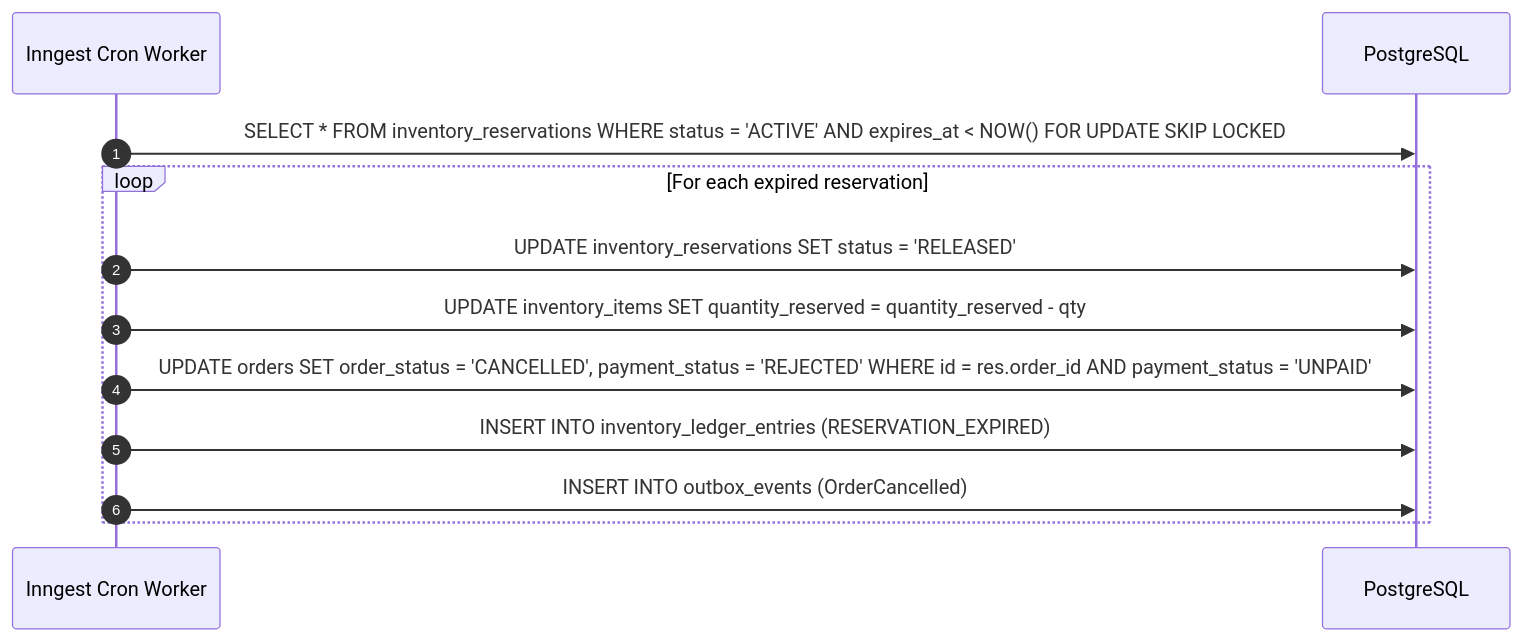
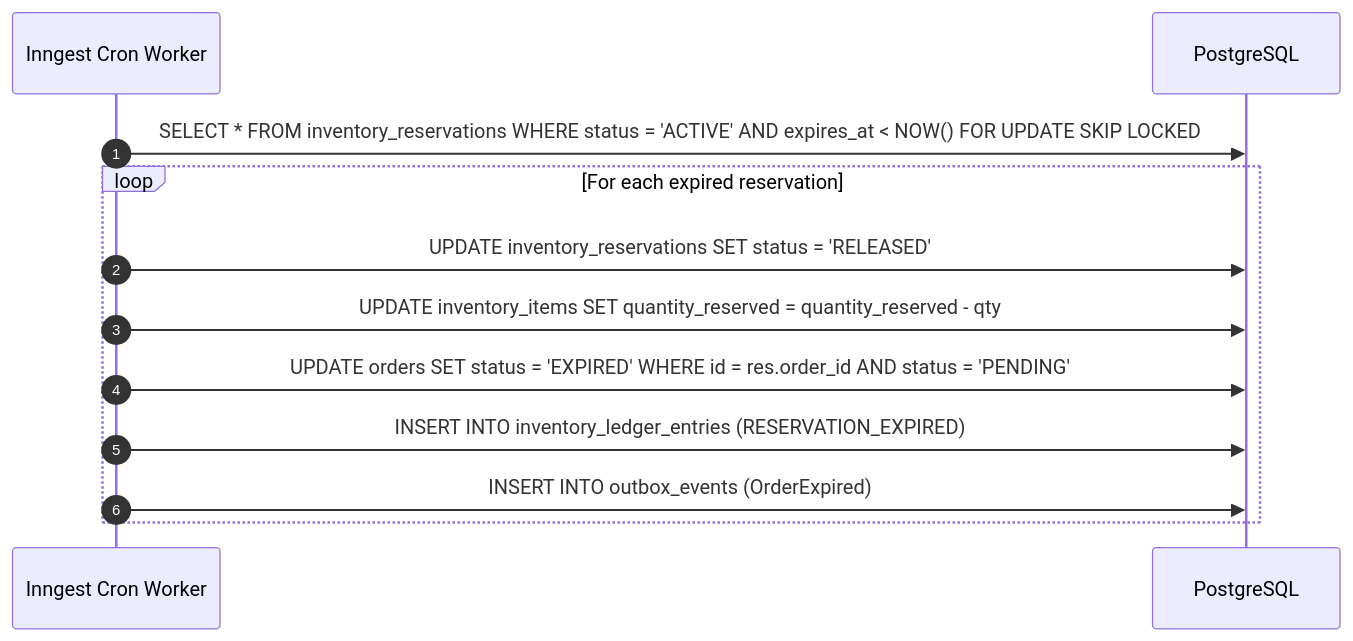
One commit to SaeBryxn/GamerPeru-Vercel changed diagram 12 of 15 in docs/architecture/COMMERCE_DOMAIN_MODEL.md. Above: the diagram before and after it, drawn with Mermaid. The commit also changed other lines of this file, not shown here.

````diff
--- a/docs/architecture/COMMERCE_DOMAIN_MODEL.md
+++ b/docs/architecture/COMMERCE_DOMAIN_MODEL.md
@@ -1325,15 +1364,15 @@
 ```mermaid
 sequenceDiagram
     autonumber
     participant Inngest as Inngest Cron Worker
     participant DB as PostgreSQL
 
     Inngest->>DB: SELECT * FROM inventory_reservations WHERE status = 'ACTIVE' AND expires_at < NOW() FOR UPDATE SKIP LOCKED
     loop For each expired reservation
         Inngest->>DB: UPDATE inventory_reservations SET status = 'RELEASED'
         Inngest->>DB: UPDATE inventory_items SET quantity_reserved = quantity_reserved - qty
-        Inngest->>DB: UPDATE orders SET order_status = 'CANCELLED', payment_status = 'REJECTED' WHERE id = res.order_id AND payment_status = 'UNPAID'
+        Inngest->>DB: UPDATE orders SET status = 'EXPIRED' WHERE id = res.order_id AND status = 'PENDING'
         Inngest->>DB: INSERT INTO inventory_ledger_entries (RESERVATION_EXPIRED)
-        Inngest->>DB: INSERT INTO outbox_events (OrderCancelled)
+        Inngest->>DB: INSERT INTO outbox_events (OrderExpired)
     end
 ```
````
